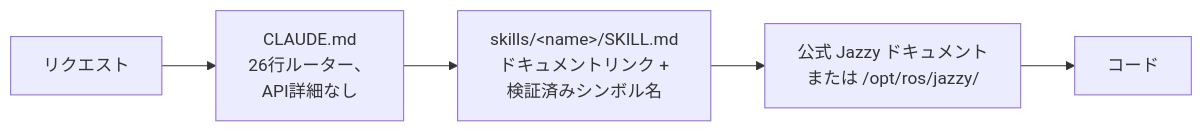
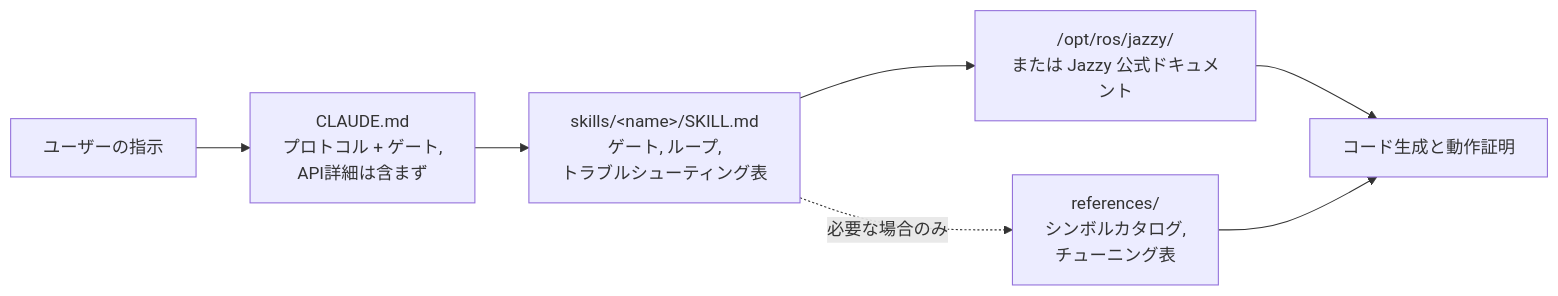
The diagram in README.ja.md (Leehyunbin0131/claude-ros2-skills), drawn with Mermaid before and after one commit. The commit also changed other lines of this file and 7 other files, not shown here.

````diff
--- a/README.ja.md
+++ b/README.ja.md
@@ -142,7 +155,9 @@
 ```mermaid
 flowchart LR
-    A["リクエスト"] --> B["CLAUDE.md<br/>26行ルーター、<br/>API詳細なし"]
-    B --> C["skills/&lt;name&gt;/SKILL.md<br/>ドキュメントリンク +<br/>検証済みシンボル名"]
-    C --> D["公式 Jazzy ドキュメント<br/>または /opt/ros/jazzy/"]
-    D --> E["コード"]
+    A["ユーザーの指示"] --> B["CLAUDE.md<br/>プロトコル + ゲート,<br/>API詳細は含まず"]
+    B --> C["skills/&lt;name&gt;/SKILL.md<br/>ゲート, ループ,<br/>トラブルシューティング表"]
+    C --> D["/opt/ros/jazzy/<br/>または Jazzy 公式ドキュメント"]
+    C -.必要な場合のみ.-> R["references/<br/>シンボルカタログ,<br/>チューニング表"]
+    D --> E["コード生成と動作証明"]
+    R --> E
 ```
````
